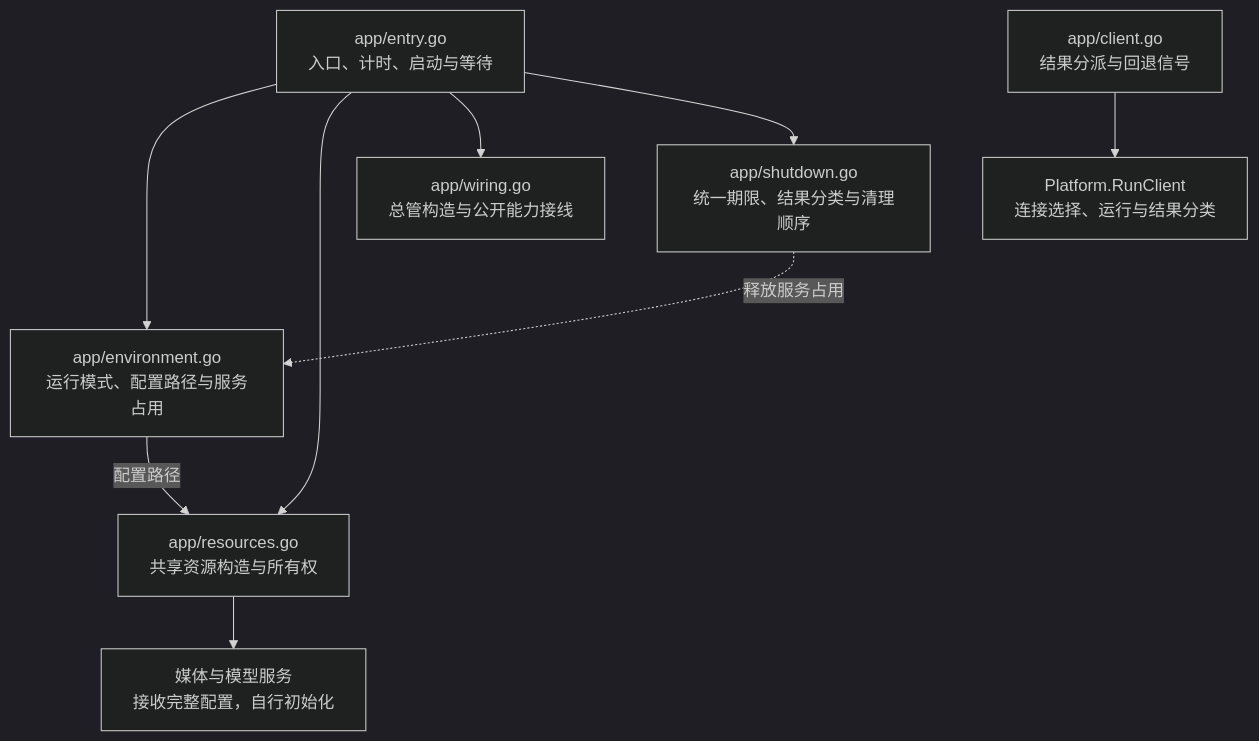
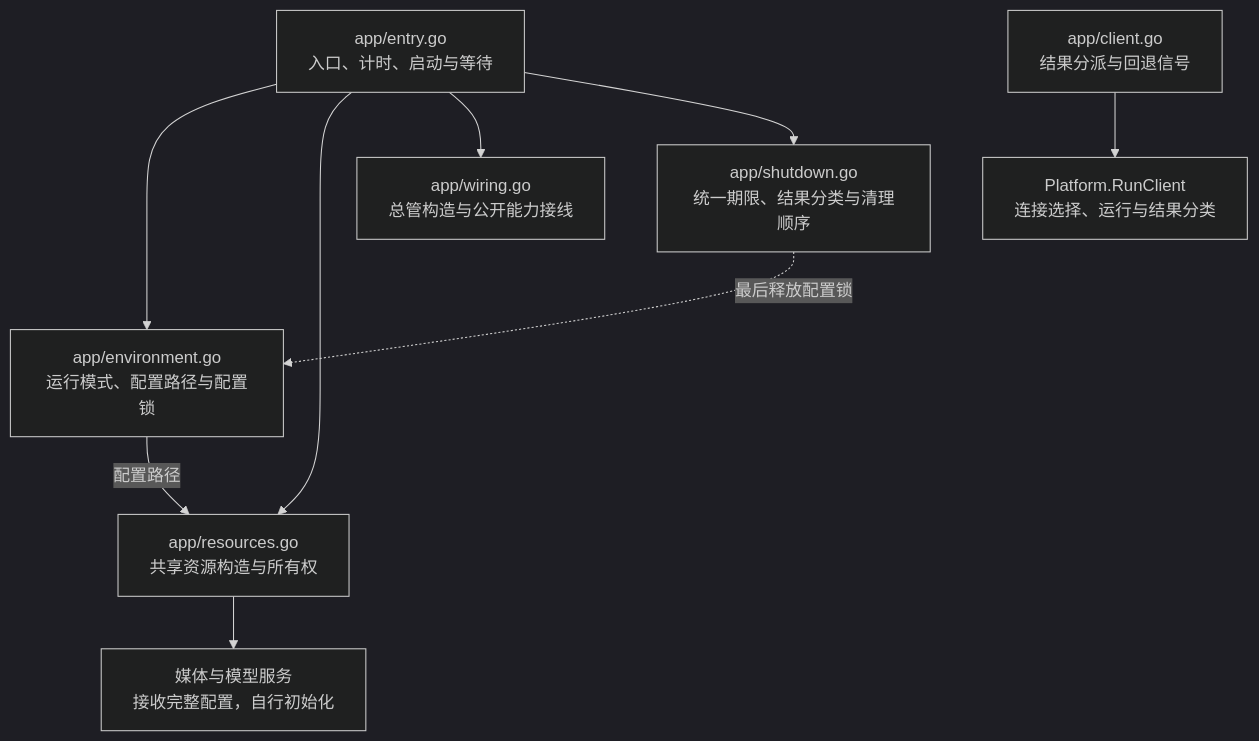
Before and after one commit to Elflare/elbot: the first of 7 diagrams in devdocs/architecture.md, drawn with Mermaid (dark theme). The commit also changed other lines of this file and 10 other files, not shown here.

````diff
--- a/devdocs/architecture.md
+++ b/devdocs/architecture.md
@@ -22,14 +24,14 @@
 ```mermaid
 flowchart TB
     E["app/entry.go<br/>入口、计时、启动与等待"]
-    ENV["app/environment.go<br/>运行模式、配置路径与服务占用"]
+    ENV["app/environment.go<br/>运行模式、配置路径与配置锁"]
     R["app/resources.go<br/>共享资源构造与所有权"]
     W["app/wiring.go<br/>总管构造与公开能力接线"]
     S["app/shutdown.go<br/>统一期限、结果分类与清理顺序"]
     C["app/client.go<br/>结果分派与回退信号"]
     E --> ENV & R & W & S
     ENV -->|配置路径| R
     R --> M["媒体与模型服务<br/>接收完整配置，自行初始化"]
     C --> P["Platform.RunClient<br/>连接选择、运行与结果分类"]
-    S -.->|释放服务占用| ENV
+    S -.->|最后释放配置锁| ENV
 ```
````
